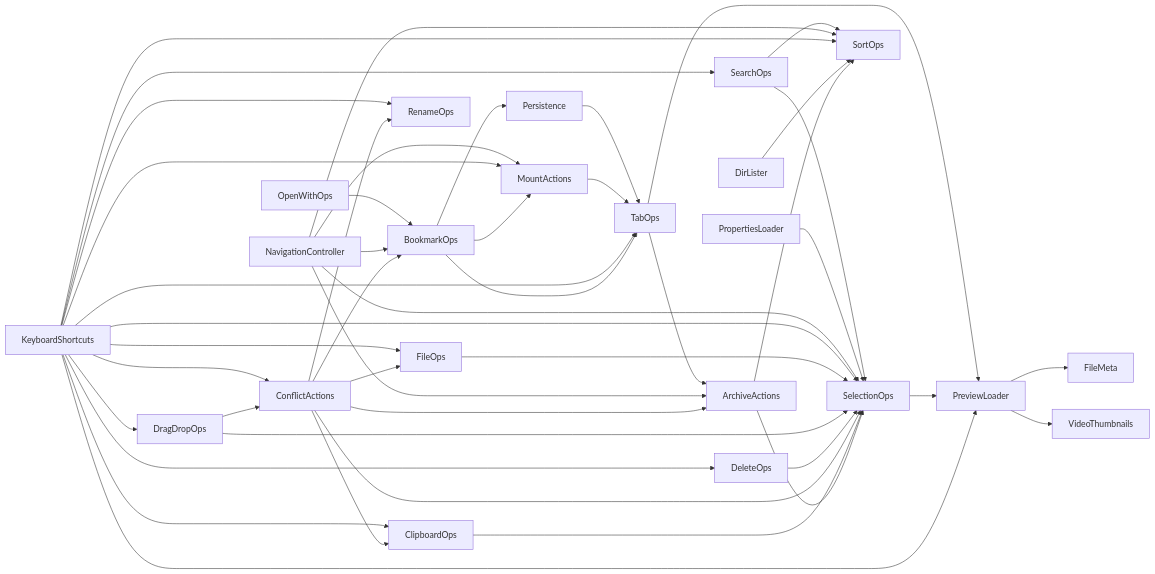
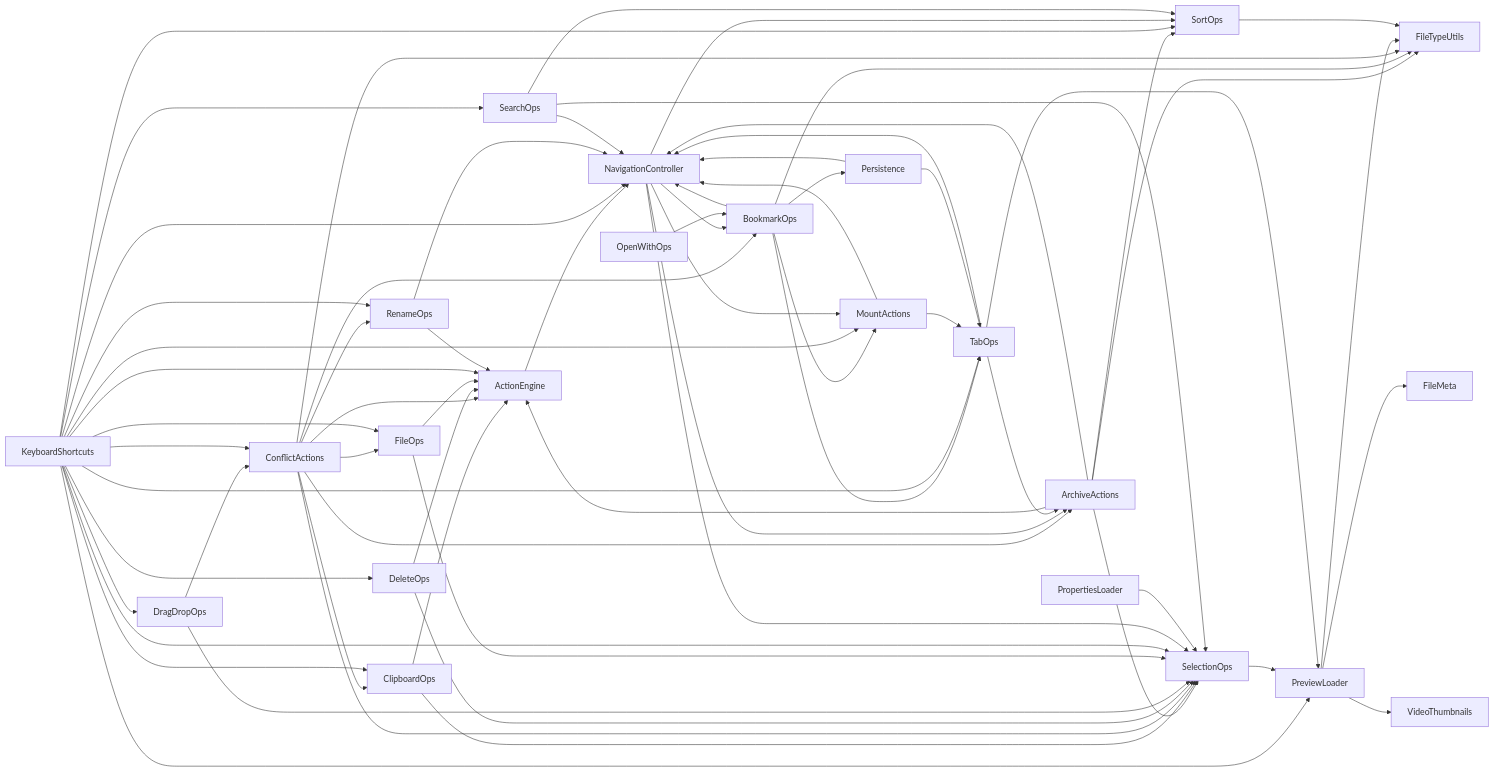
Before and after one commit to Flaxenox/omafiles: the diagram in DEPENDENCY_GRAPH.md, drawn with Mermaid. The commit also changed other lines of this file and 9 other files, not shown here.

````diff
--- a/DEPENDENCY_GRAPH.md
+++ b/DEPENDENCY_GRAPH.md
@@ -9,48 +12,68 @@
 ```mermaid
 graph LR
+  ActionEngine --> NavigationController
+  ArchiveActions --> ActionEngine
+  ArchiveActions --> FileTypeUtils
+  ArchiveActions --> NavigationController
   ArchiveActions --> SelectionOps
   ArchiveActions --> SortOps
+  BookmarkOps --> FileTypeUtils
   BookmarkOps --> MountActions
+  BookmarkOps --> NavigationController
   BookmarkOps --> Persistence
   BookmarkOps --> TabOps
+  ClipboardOps --> ActionEngine
   ClipboardOps --> SelectionOps
+  ConflictActions --> ActionEngine
   ConflictActions --> ArchiveActions
   ConflictActions --> BookmarkOps
   ConflictActions --> ClipboardOps
   ConflictActions --> FileOps
+  ConflictActions --> FileTypeUtils
   ConflictActions --> RenameOps
   ConflictActions --> SelectionOps
+  DeleteOps --> ActionEngine
   DeleteOps --> SelectionOps
-  DirLister --> SortOps
   DragDropOps --> ConflictActions
   DragDropOps --> SelectionOps
+  FileOps --> ActionEngine
   FileOps --> SelectionOps
+  KeyboardShortcuts --> ActionEngine
   KeyboardShortcuts --> ClipboardOps
   KeyboardShortcuts --> ConflictActions
   KeyboardShortcuts --> DeleteOps
   KeyboardShortcuts --> DragDropOps
   KeyboardShortcuts --> FileOps
   KeyboardShortcuts --> MountActions
+  KeyboardShortcuts --> NavigationController
   KeyboardShortcuts --> PreviewLoader
   KeyboardShortcuts --> RenameOps
   KeyboardShortcuts --> SearchOps
   KeyboardShortcuts --> SelectionOps
   KeyboardShortcuts --> SortOps
   KeyboardShortcuts --> TabOps
+  MountActions --> NavigationController
   MountActions --> TabOps
   NavigationController --> ArchiveActions
   NavigationController --> BookmarkOps
   NavigationController --> MountActions
   NavigationController --> SelectionOps
   NavigationController --> SortOps
   OpenWithOps --> BookmarkOps
+  Persistence --> NavigationController
   Persistence --> TabOps
   PreviewLoader --> FileMeta
+  PreviewLoader --> FileTypeUtils
   PreviewLoader --> VideoThumbnails
   PropertiesLoader --> SelectionOps
+  RenameOps --> ActionEngine
+  RenameOps --> NavigationController
+  SearchOps --> NavigationController
   SearchOps --> SelectionOps
   SearchOps --> SortOps
   SelectionOps --> PreviewLoader
+  SortOps --> FileTypeUtils
   TabOps --> ArchiveActions
+  TabOps --> NavigationController
   TabOps --> PreviewLoader
 ```
````
